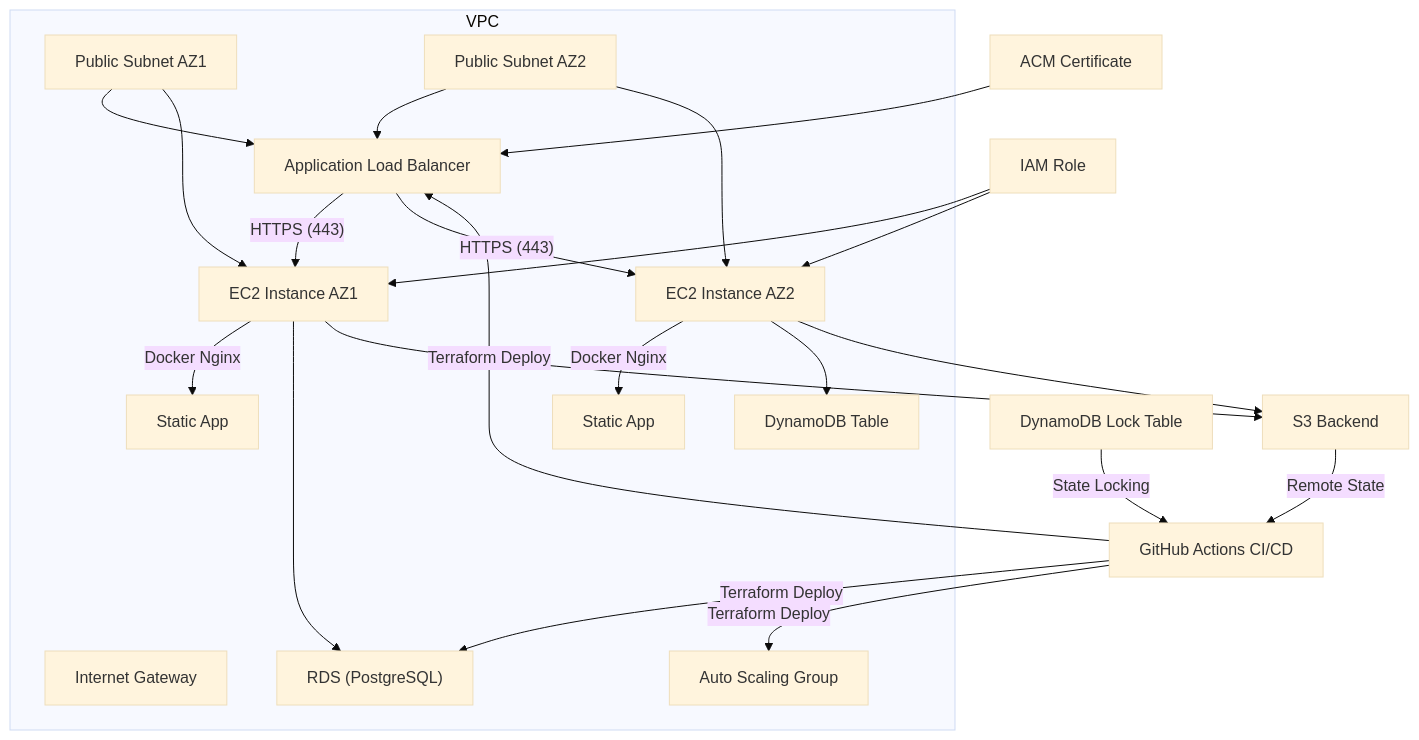
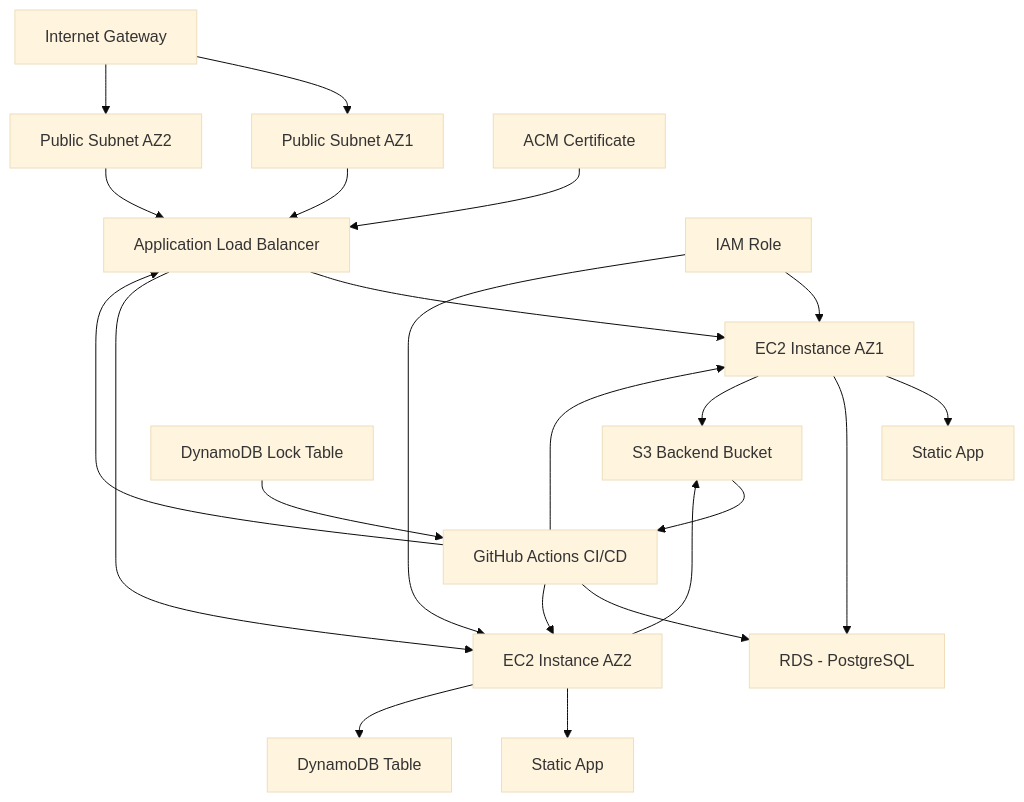
The diagram in README.md (jasonvandeventer/terraform_capstone), drawn with Mermaid (base theme) before and after one commit. The commit also changed other lines of this file and 1 other file, not shown here.

Commit message:
Added rds and dynamodb

````diff
--- a/README.md
+++ b/README.md
@@ -98,37 +100,55 @@
 ```mermaid
 graph TD
-  subgraph VPC [VPC]
-    igw[Internet Gateway]
-    alb[Application Load Balancer]
-    subnet1[Public Subnet AZ1]
-    subnet2[Public Subnet AZ2]
-    asg[Auto Scaling Group]
-    ec2a[EC2 Instance AZ1]
-    ec2b[EC2 Instance AZ2]
-    rds["RDS (PostgreSQL)"]
-    dynamodb["DynamoDB Table"]
-    alb -->|"HTTPS (443)"| ec2a
-    alb -->|"HTTPS (443)"| ec2b
-    ec2a -->|"Docker Nginx"| app1[Static App]
-    ec2b -->|"Docker Nginx"| app2[Static App]
-    ec2a --> rds
-    ec2b --> dynamodb
-    subnet1 --> alb
-    subnet2 --> alb
-    subnet1 --> ec2a
-    subnet2 --> ec2b
-  end
+  igw[Internet Gateway]
 
-  github[GitHub Actions CI/CD] -->|Terraform Deploy| alb
-  github -->|Terraform Deploy| rds
-  github -->|Terraform Deploy| asg
+  subnet1[Public Subnet AZ1]
+  subnet2[Public Subnet AZ2]
 
-  s3[S3 Backend] -->|Remote State| github
-  ddb[DynamoDB Lock Table] -->|State Locking| github
+  alb[Application Load Balancer]
 
-  acm[ACM Certificate] --> alb
-  iam[IAM Role] --> ec2a
+  ec2a[EC2 Instance AZ1]
+  ec2b[EC2 Instance AZ2]
+
+  rds[RDS - PostgreSQL]
+  dynamodb[DynamoDB Table]
+
+  app1[Static App]
+  app2[Static App]
+
+  github[GitHub Actions CI/CD]
+  s3[S3 Backend Bucket]
+  ddb[DynamoDB Lock Table]
+  acm[ACM Certificate]
+  iam[IAM Role]
+
+  igw --> subnet1
+  igw --> subnet2
+
+  subnet1 --> alb
+  subnet2 --> alb
+
+  alb --> ec2a
+  alb --> ec2b
+
+  ec2a --> app1
+  ec2b --> app2
+
+  ec2a --> rds
+  ec2b --> dynamodb
+
+  github --> alb
+  github --> rds
+  github --> ec2a
+  github --> ec2b
+
+  s3 --> github
+  ddb --> github
+
+  acm --> alb
+
+  iam --> ec2a
   iam --> ec2b
+
   ec2a --> s3
   ec2b --> s3
   ```
````
